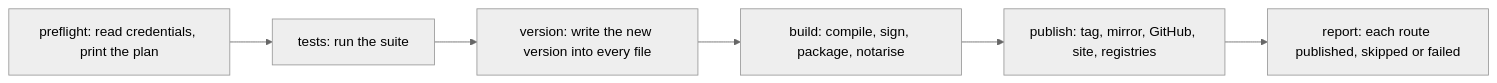
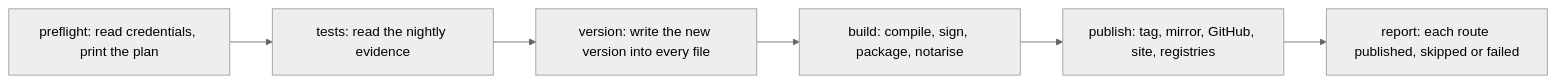
The diagram in packaging/README.md (jasonmcaffee/inillucent), drawn with Mermaid (neutral theme) before and after one commit. The commit also changed other lines of this file and 325 other files, not shown here.

````diff
--- a/packaging/README.md
+++ b/packaging/README.md
@@ -66,8 +66,8 @@
 ```mermaid
 flowchart LR
-    A["preflight: read credentials, print the plan"] --> B["tests: run the suite"]
+    A["preflight: read credentials, print the plan"] --> B["tests: read the nightly evidence"]
     B --> C["version: write the new version into every file"]
     C --> D["build: compile, sign, package, notarise"]
     D --> E["publish: tag, mirror, GitHub, site, registries"]
     E --> F["report: each route published, skipped or failed"]
 ```
````
